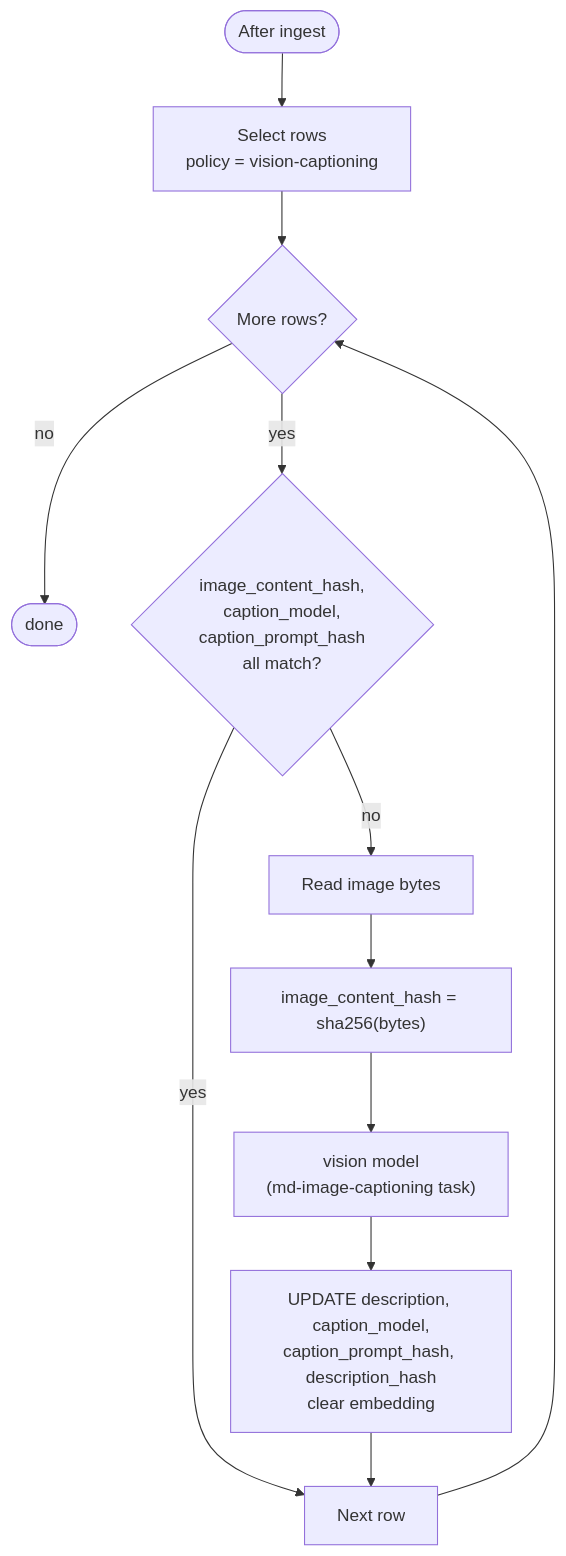
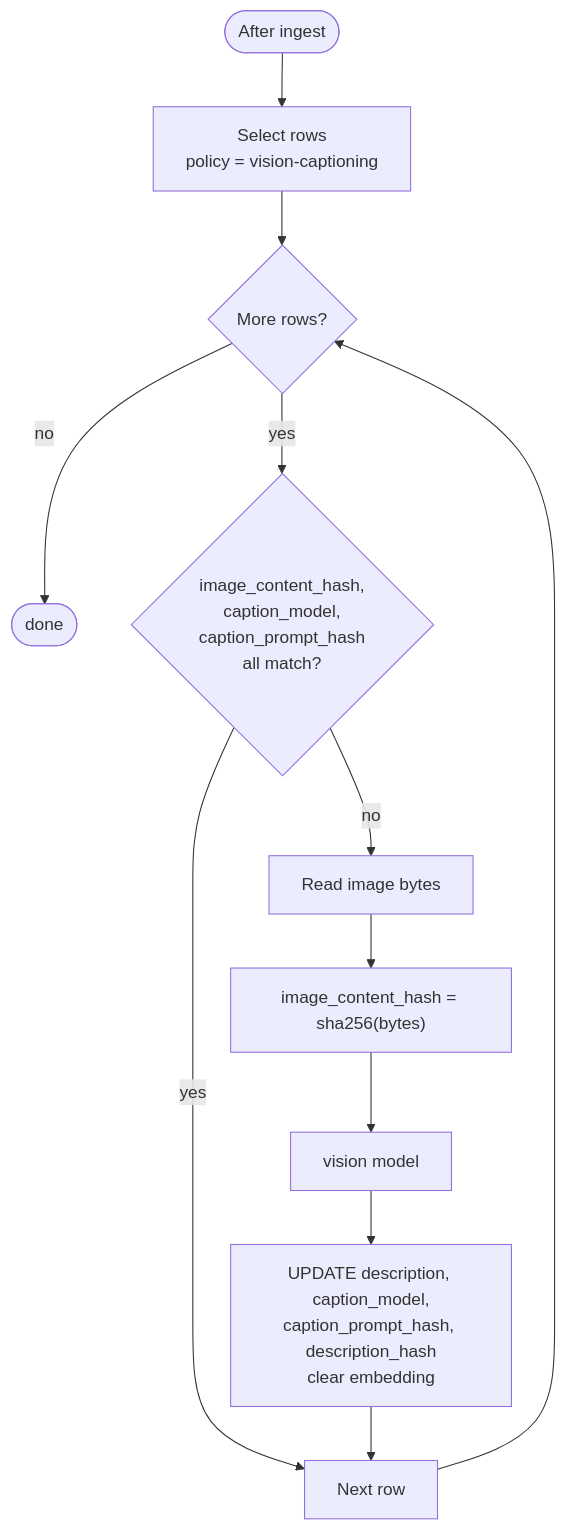
The diagram in docs/modern-knowledge-base-design/03.2-image-descriptions.md (kyung-lee-official/neuxus), drawn with Mermaid before and after one commit. The commit also changed other lines of this file, not shown here.

Commit message:
docs: clarify sidecar policy description and update flowchart for vision model

````diff
--- a/docs/modern-knowledge-base-design/03.2-image-descriptions.md
+++ b/docs/modern-knowledge-base-design/03.2-image-descriptions.md
@@ -77,17 +77,17 @@
 ```mermaid
 ---
 theme: neo-dark
 ---
 flowchart TD
   Start([After ingest]) --> Select["Select rows<br/>policy = vision-captioning"]
   Select --> More{More rows?}
   More -- no --> Done([done])
   More -- yes --> Fresh{"image_content_hash,<br/>caption_model,<br/>caption_prompt_hash<br/>all match?"}
   Fresh -- yes --> Next[Next row]
   Fresh -- no --> Read[Read image bytes]
   Read --> Hash["image_content_hash = sha256(bytes)"]
-  Hash --> Vision["vision model<br/>(md-image-captioning task)"]
+  Hash --> Vision["vision model"]
   Vision --> Store["UPDATE description, caption_model,<br/>caption_prompt_hash, description_hash<br/>clear embedding"]
   Store --> Next
   Next --> More
 ```
````
